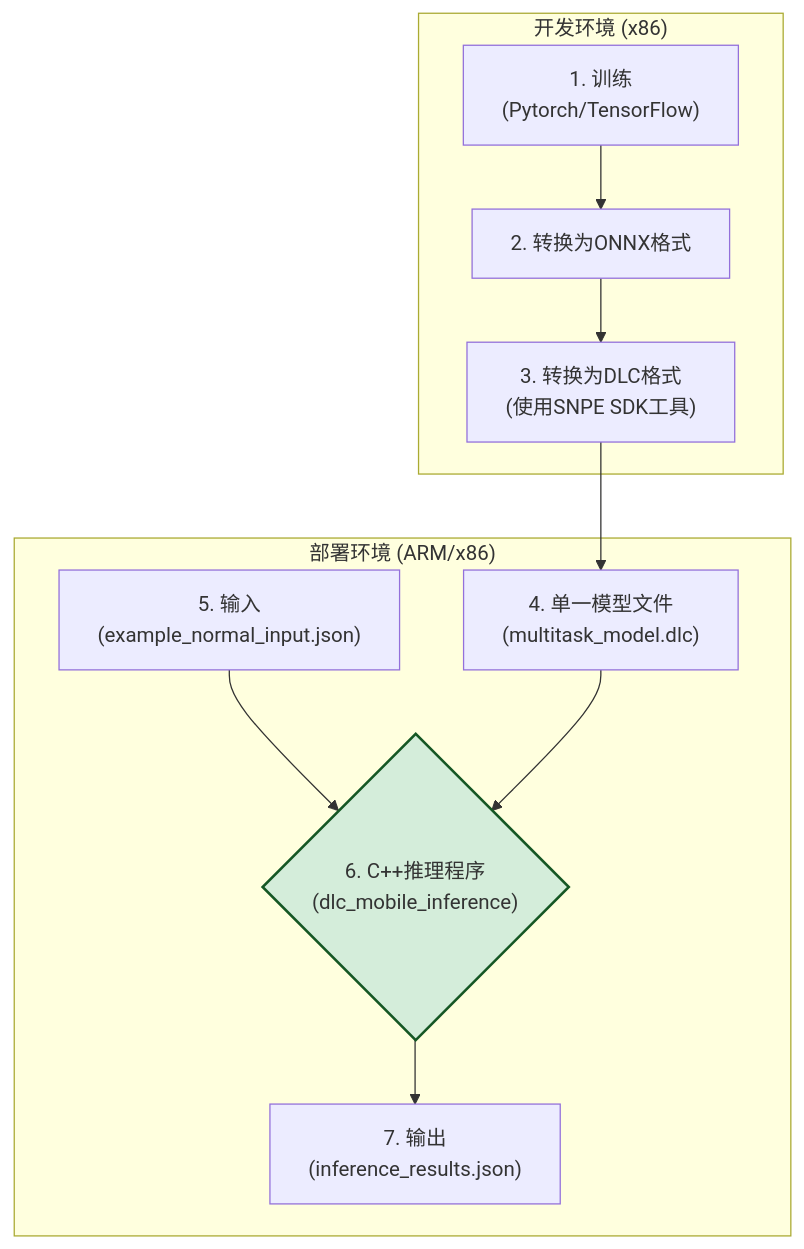
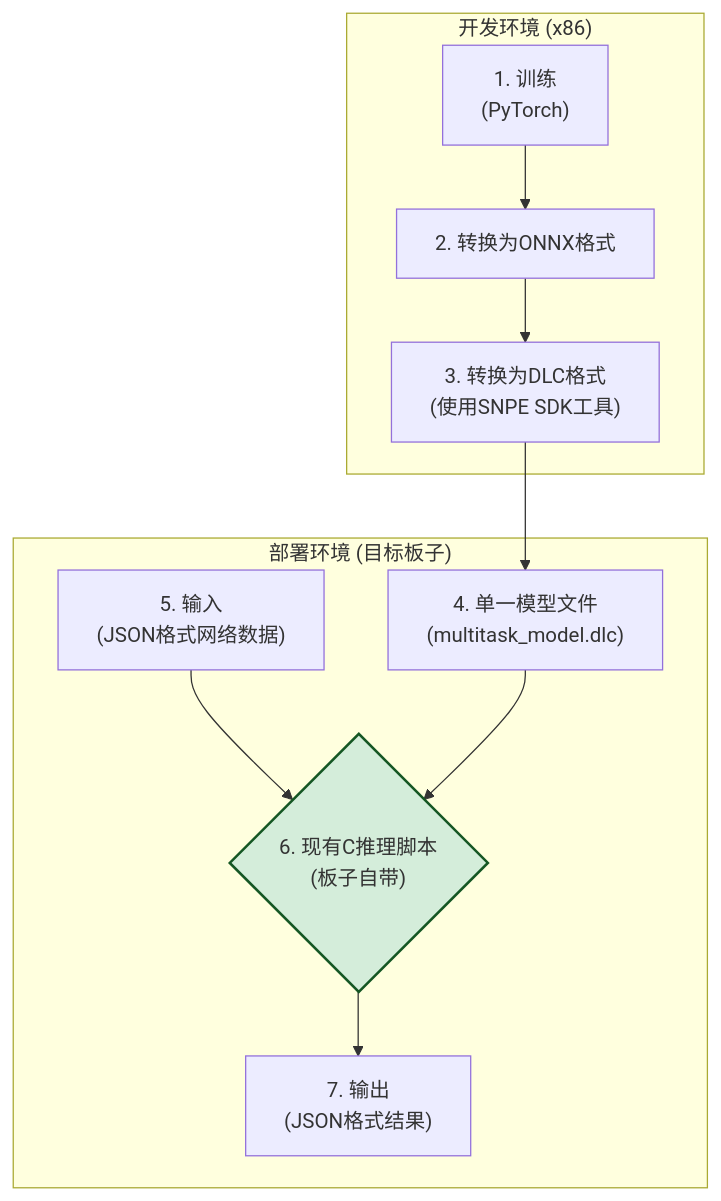
One commit to zhangyao23/-1 changed the first of 4 diagrams in README.md. Above: the diagram before and after it, drawn with Mermaid. The commit also changed other lines of this file and 8 other files, not shown here.

````diff
--- a/README.md
+++ b/README.md
@@ -29,17 +52,17 @@
 ```mermaid
 graph TD
     subgraph "开发环境 (x86)"
-        Train["1. 训练<br/>(Pytorch/TensorFlow)"] --> Onnx["2. 转换为ONNX格式"];
+        Train["1. 训练<br/>(PyTorch)"] --> Onnx["2. 转换为ONNX格式"];
         Onnx --> Convert["3. 转换为DLC格式<br/>(使用SNPE SDK工具)"];
     end
-    
-    subgraph "部署环境 (ARM/x86)"
-        Input["5. 输入<br/>(example_normal_input.json)"] --> CPP;
-        Model["4. 单一模型文件<br/>(multitask_model.dlc)"] --> CPP{"6. C++推理程序<br/>(dlc_mobile_inference)"};
-        CPP --> Output["7. 输出<br/>(inference_results.json)"];
+  
+    subgraph "部署环境 (目标板子)"
+        Input["5. 输入<br/>(JSON格式网络数据)"] --> ExistingCPP;
+        Model["4. 单一模型文件<br/>(multitask_model.dlc)"] --> ExistingCPP{"6. 现有C推理脚本<br/>(板子自带)"};
+        ExistingCPP --> Output["7. 输出<br/>(JSON格式结果)"];
     end
 
     Convert --> Model;
 
-    style CPP fill:#d4edda,stroke:#155724,stroke-width:2px
+    style ExistingCPP fill:#d4edda,stroke:#155724,stroke-width:2px
 ```
````
